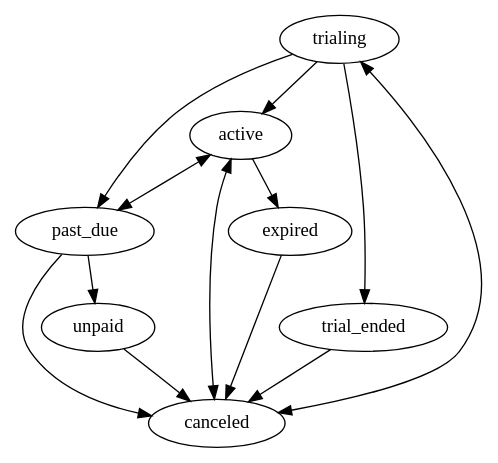
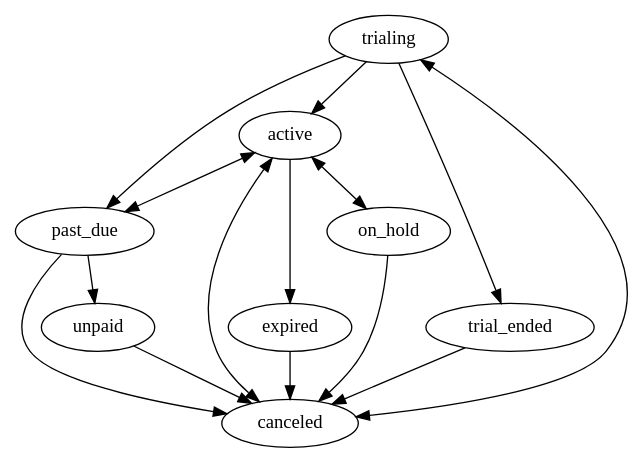
One commit to wsmoak/chargify-examples changed the diagram in subscription-states/subscription_states.dot. Above: the diagram before and after it, drawn with Graphviz.

Commit message:
Add on_hold to subscription states (#1)

```diff
--- a/subscription-states/subscription_states.dot
+++ b/subscription-states/subscription_states.dot
@@ -1,18 +1,21 @@
 digraph subscription_states {
  concentrate=true;
  trialing -> active;
  trialing -> trial_ended;
  trialing -> past_due;
  trialing -> canceled;
  trial_ended -> canceled;
  active -> canceled;
  active -> past_due;
  active -> expired;
+ active -> on_hold
  past_due -> unpaid;
  past_due -> active;
  past_due -> canceled;
  unpaid -> canceled;
  expired -> canceled;
  canceled -> active;
  canceled -> trialing;
+ on_hold -> active;
+ on_hold -> canceled;
 }
```
